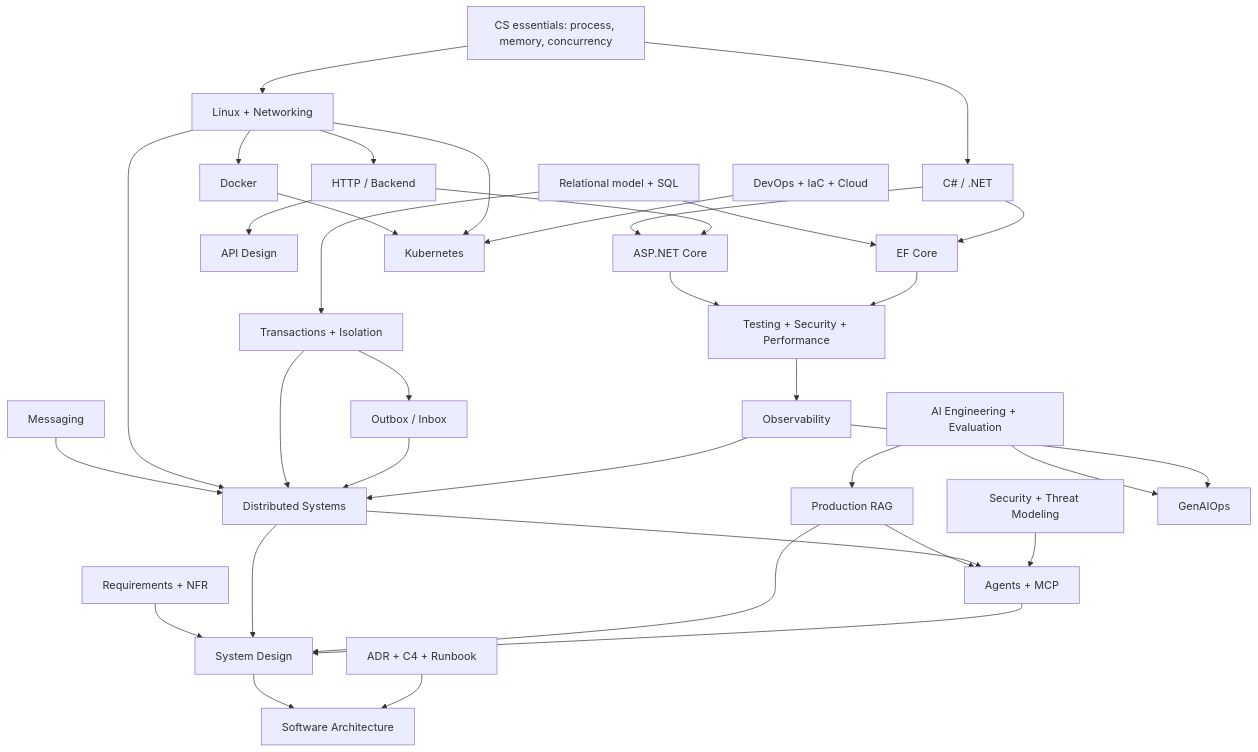
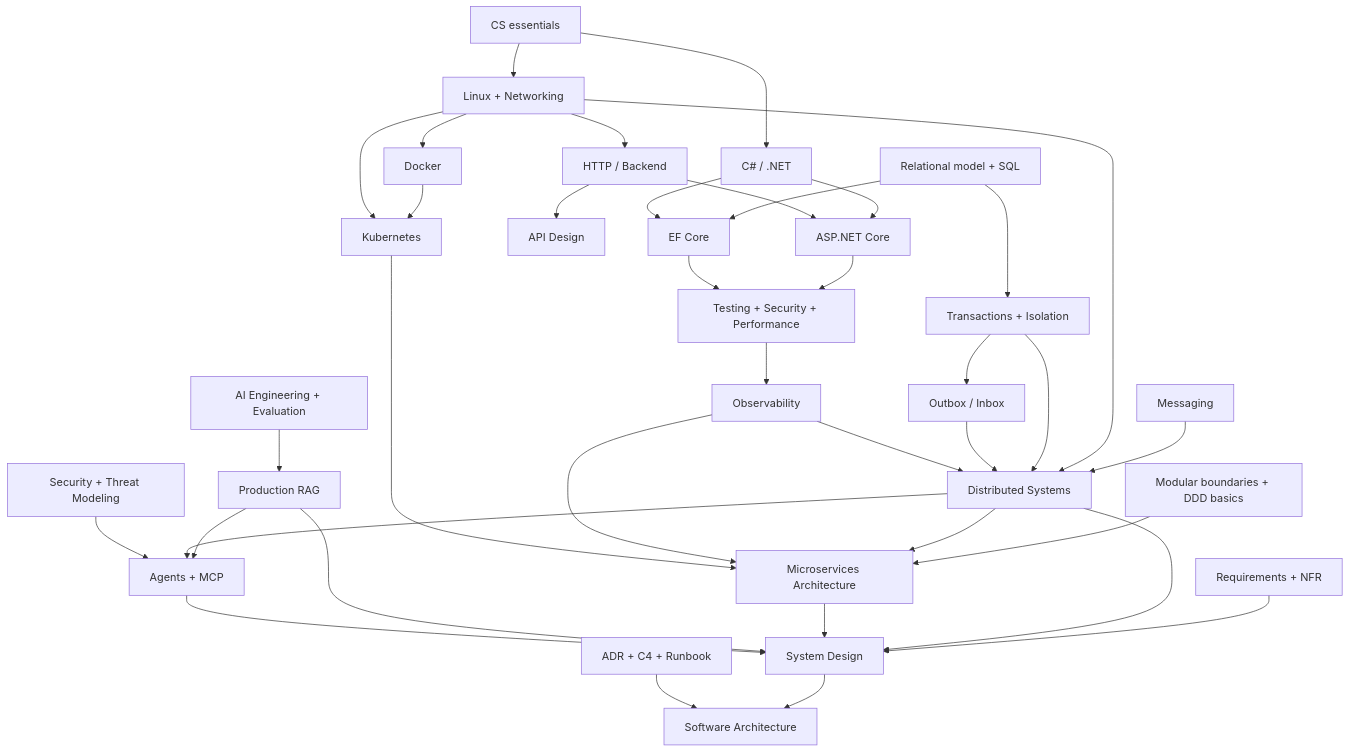
One commit to Trinhduyet/trinhduyet.github.io changed the diagram in docs/00-roadmap/prerequisites.md. Above: the diagram before and after it, drawn with Mermaid. The commit also changed other lines of this file and 11 other files, not shown here.

First line of the commit message:
docs: add code-first Microservices Architecture module

````diff
--- a/docs/00-roadmap/prerequisites.md
+++ b/docs/00-roadmap/prerequisites.md
@@ -7,37 +7,39 @@
-~~~mermaid
+```mermaid
 flowchart TD
-    CS["CS essentials: process, memory, concurrency"] --> NET["Linux + Networking"]
-    CS --> DOTNET["C# / .NET"]
-    NET --> HTTP["HTTP / Backend"]
-    NET --> DOCKER["Docker"]
-    DOTNET --> ASP["ASP.NET Core"]
-    HTTP --> API["API Design"]
+    CS[CS essentials] --> NET[Linux + Networking]
+    CS --> DOTNET[C# / .NET]
+    NET --> HTTP[HTTP / Backend]
+    NET --> DOCKER[Docker]
+    DOTNET --> ASP[ASP.NET Core]
+    HTTP --> API[API Design]
     HTTP --> ASP
-    SQL["Relational model + SQL"] --> EF["EF Core"]
+    SQL[Relational model + SQL] --> EF[EF Core]
     DOTNET --> EF
-    ASP --> PROD["Testing + Security + Performance"]
+    SQL --> TX[Transactions + Isolation]
+    ASP --> PROD[Testing + Security + Performance]
     EF --> PROD
-    SQL --> TX["Transactions + Isolation"]
-    TX --> OUTBOX["Outbox / Inbox"]
-    DOCKER --> K8S["Kubernetes"]
+    TX --> OUTBOX[Outbox / Inbox]
+    DOCKER --> K8S[Kubernetes]
     NET --> K8S
-    IAC["DevOps + IaC + Cloud"] --> K8S
-    PROD --> OBS["Observability"]
-    MSG["Messaging"] --> DIST["Distributed Systems"]
+    PROD --> OBS[Observability]
+    MSG[Messaging] --> DIST[Distributed Systems]
     NET --> DIST
     TX --> DIST
     OUTBOX --> DIST
     OBS --> DIST
-    AI["AI Engineering + Evaluation"] --> RAG["Production RAG"]
-    RAG --> AGENT["Agents + MCP"]
+    BOUND[Modular boundaries + DDD basics] --> MICRO[Microservices Architecture]
+    DIST --> MICRO
+    OBS --> MICRO
+    K8S --> MICRO
+    AI[AI Engineering + Evaluation] --> RAG[Production RAG]
+    RAG --> AGENT[Agents + MCP]
     DIST --> AGENT
-    SEC["Security + Threat Modeling"] --> AGENT
-    AI --> GENOPS["GenAIOps"]
-    OBS --> GENOPS
-    NFR["Requirements + NFR"] --> DESIGN["System Design"]
+    SEC[Security + Threat Modeling] --> AGENT
+    NFR[Requirements + NFR] --> DESIGN[System Design]
     DIST --> DESIGN
+    MICRO --> DESIGN
     RAG --> DESIGN
     AGENT --> DESIGN
-    DESIGN --> ARCH["Software Architecture"]
-    DOCS["ADR + C4 + Runbook"] --> ARCH
-~~~
+    DESIGN --> ARCH[Software Architecture]
+    DOCS[ADR + C4 + Runbook] --> ARCH
+```
````
